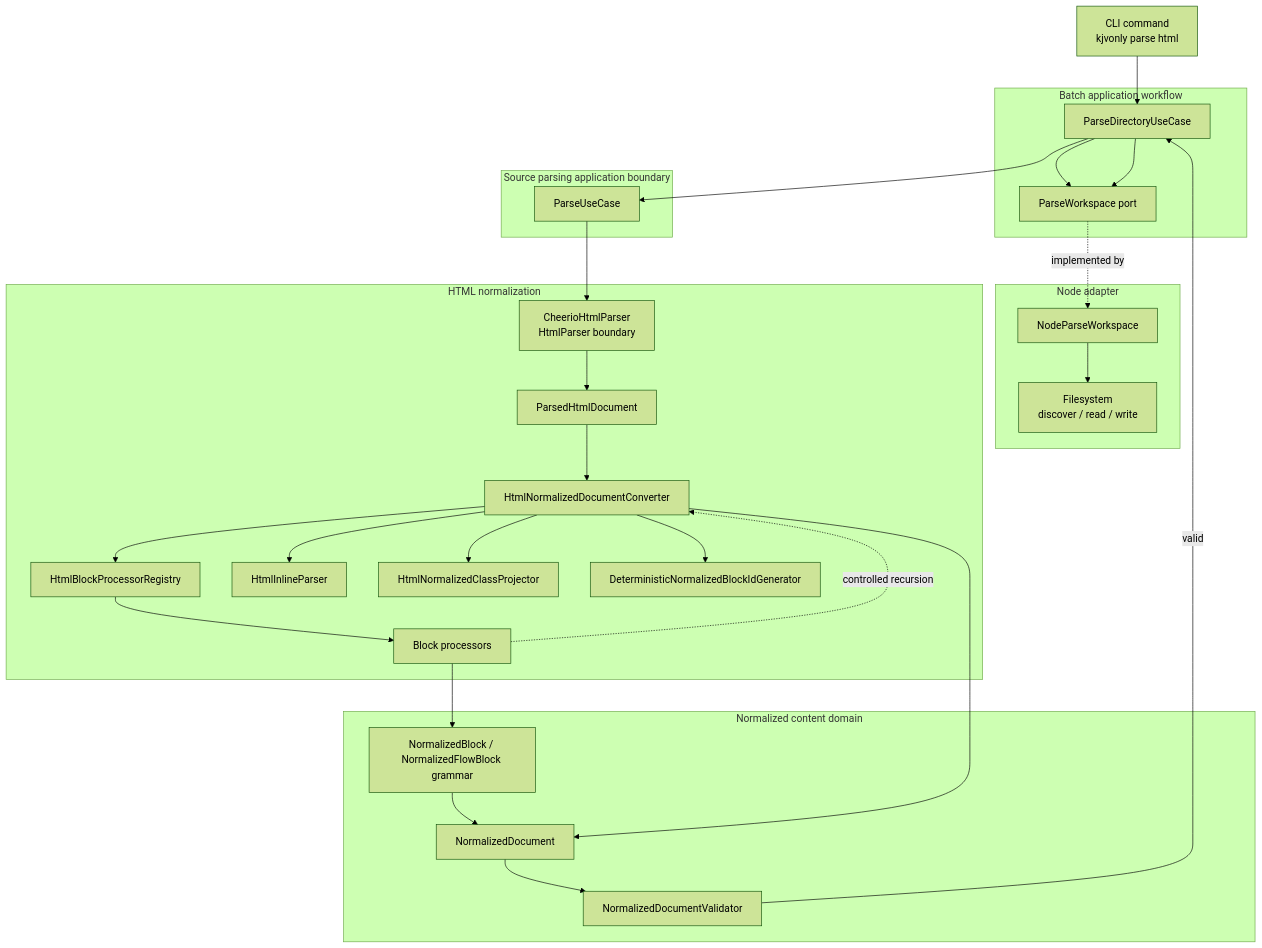
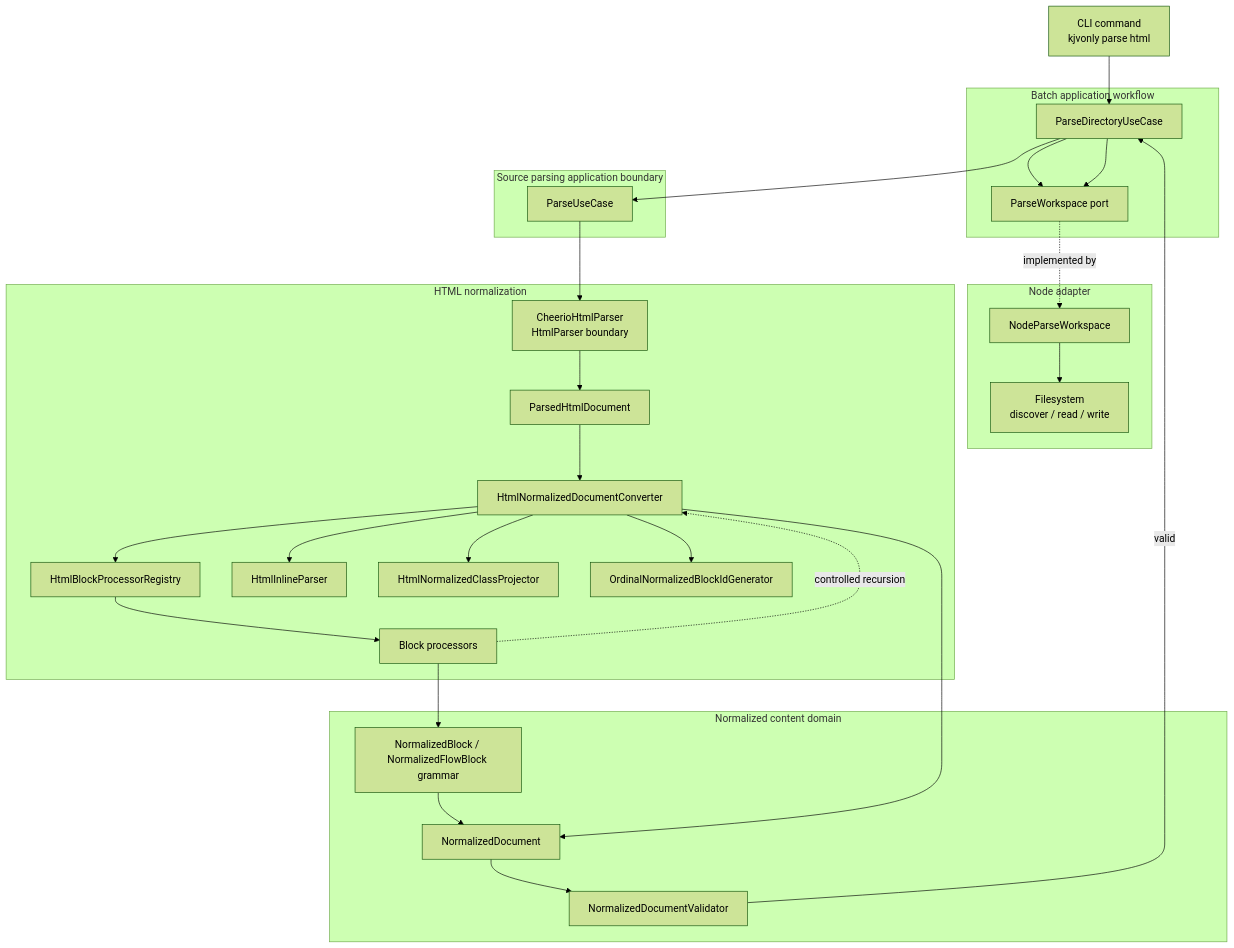
Before and after one commit to kjvonly/kjvonly.bible: the eighth of 10 diagrams in client/cli/docs/normalized-content-parsing.md, drawn with Mermaid (forest theme). The commit also changed other lines of this file and 38 other files, not shown here.

````diff
--- a/client/cli/docs/normalized-content-parsing.md
+++ b/client/cli/docs/normalized-content-parsing.md
@@ -931,58 +938,58 @@
 ```mermaid
 flowchart TD
     CLI["CLI command<br/>kjvonly parse html"]
 
     subgraph Batch["Batch application workflow"]
         Directory["ParseDirectoryUseCase"]
         WorkspacePort["ParseWorkspace port"]
     end
 
     subgraph IO["Node adapter"]
         WorkspaceAdapter["NodeParseWorkspace"]
         FS["Filesystem<br/>discover / read / write"]
     end
 
     subgraph ParseBoundary["Source parsing application boundary"]
         Parse["ParseUseCase"]
     end
 
     subgraph HTML["HTML normalization"]
         Parser["CheerioHtmlParser<br/>HtmlParser boundary"]
         Parsed["ParsedHtmlDocument"]
         Converter["HtmlNormalizedDocumentConverter"]
         BlockRegistry["HtmlBlockProcessorRegistry"]
         BlockProcessors["Block processors"]
         Inline["HtmlInlineParser"]
         Projection["HtmlNormalizedClassProjector"]
-        Identity["DeterministicNormalizedBlockIdGenerator"]
+        Identity["OrdinalNormalizedBlockIdGenerator"]
     end
 
     subgraph Domain["Normalized content domain"]
         Grammar["NormalizedBlock / NormalizedFlowBlock grammar"]
         Document["NormalizedDocument"]
         Validator["NormalizedDocumentValidator"]
     end
 
     CLI --> Directory
     Directory --> WorkspacePort
     WorkspacePort -. implemented by .-> WorkspaceAdapter
     WorkspaceAdapter --> FS
     Directory --> Parse
     Parse --> Parser
     Parser --> Parsed
     Parsed --> Converter
 
     Converter --> BlockRegistry
     BlockRegistry --> BlockProcessors
     BlockProcessors -. controlled recursion .-> Converter
     Converter --> Inline
     Converter --> Projection
     Converter --> Identity
     BlockProcessors --> Grammar
     Grammar --> Document
     Converter --> Document
     Document --> Validator
 
     Validator -- valid --> Directory
     Directory --> WorkspacePort
 ```
````
